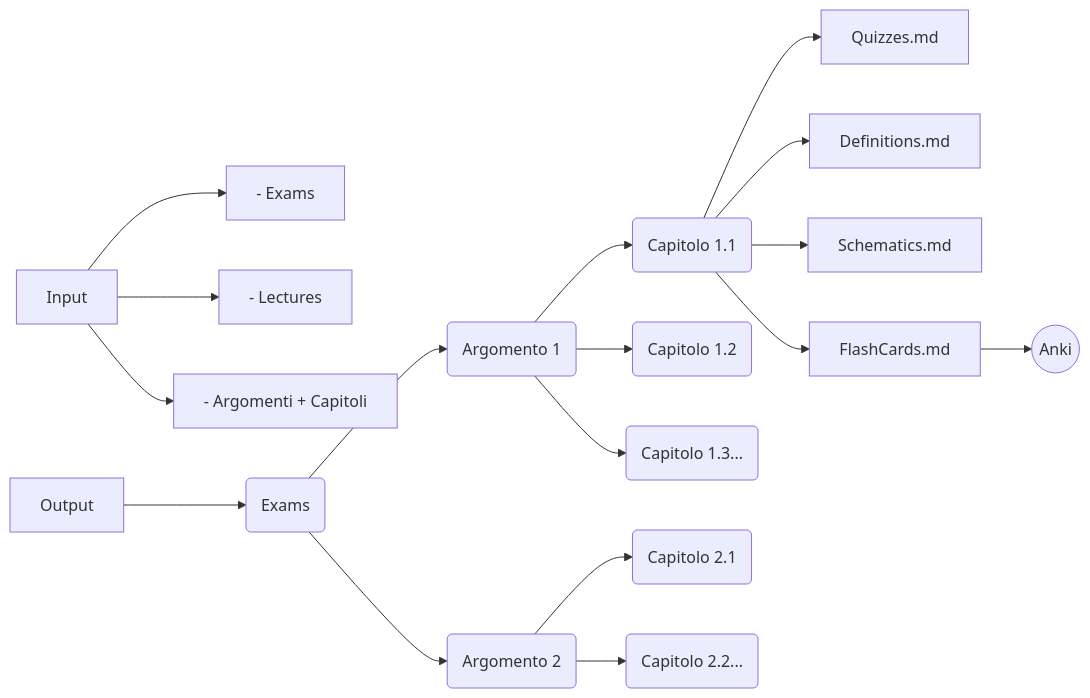
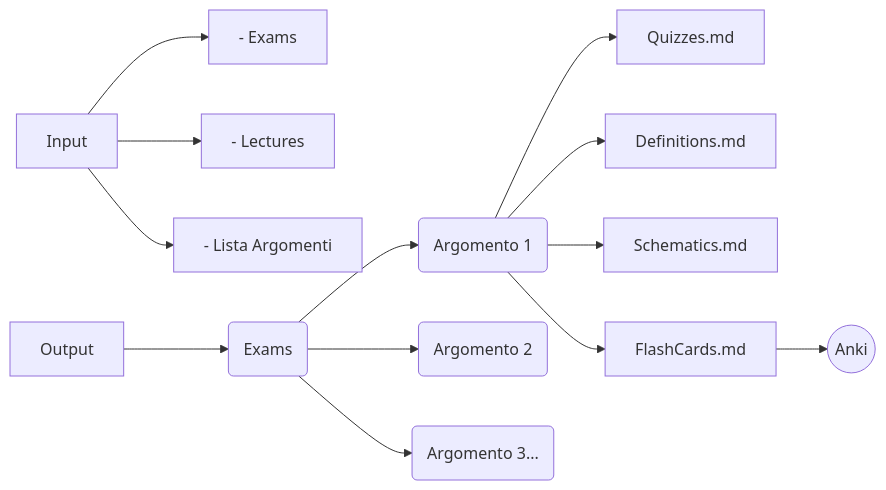
Before and after one commit to P0rkoTh10/Exam-Schematizer-Skill: the second of 5 diagrams in SKILL.md, drawn with Mermaid. The commit also changed other lines of this file, not shown here.

Commit message:
Fix diagrams: argomenti-only input, no capitoli in folders, schematics by capitoli, separate quizzes diagram, better layout

````diff
--- a/SKILL.md
+++ b/SKILL.md
@@ -24,29 +28,22 @@
 ```mermaid
 graph LR
-    %% Sezione Input
-    Input --> Exams_In[- Exams]
+    %% Input
+    Input --> Exams[- Exams]
     Input --> Lectures[- Lectures]
-    Input --> List[- Argomenti + Capitoli]
+    Input --> Argomenti[- Lista Argomenti]
 
-    %% Flusso Principale
-    Output --> Exams_Out(Exams)
+    %% Output
+    Output --> Out_Exams(Exams)
+    Out_Exams --> A1(Argomento 1)
+    Out_Exams --> A2(Argomento 2)
+    Out_Exams --> A3(Argomento 3...)
 
-    %% Argomenti e relativi Capitoli
-    Exams_Out --> A1(Argomento 1)
-    A1 --> C1_1(Capitolo 1.1)
-    A1 --> C1_2(Capitolo 1.2)
-    A1 --> C1_3(Capitolo 1.3...)
-
-    Exams_Out --> A2(Argomento 2)
-    A2 --> C2_1(Capitolo 2.1)
-    A2 --> C2_2(Capitolo 2.2...)
-
-    %% File di output per ogni capitolo
-    C1_1 --> Q[Quizzes.md]
-    C1_1 --> D[Definitions.md]
-    C1_1 --> S[Schematics.md]
-    C1_1 --> F[FlashCards.md]
+    %% File per Argomento 1
+    A1 --> Q[Quizzes.md]
+    A1 --> D[Definitions.md]
+    A1 --> S[Schematics.md]
+    A1 --> F[FlashCards.md]
 
     %% Destinazione finale
     F --> Anki((Anki))
 ```
````
